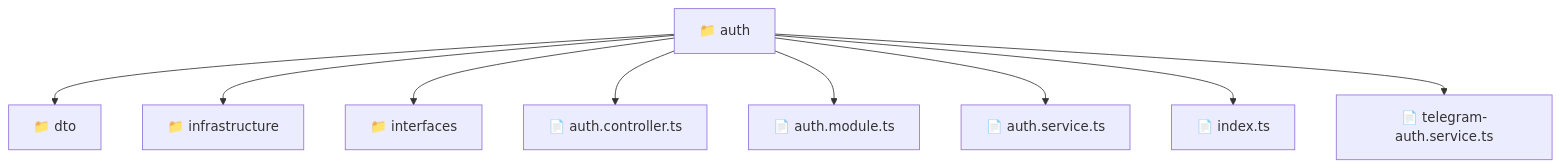
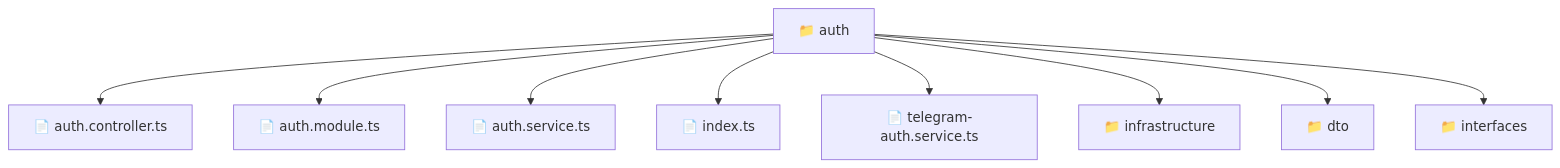
Before and after one commit to beginwebdev2002/fullstack-mavluda: the diagram in backend/src/modules/auth/README.md, drawn with Mermaid. The commit also changed other lines of this file and 166 other files, not shown here.

First line of the commit message:
docs: generate repository-wide architectural README files

````diff
--- a/backend/src/modules/auth/README.md
+++ b/backend/src/modules/auth/README.md
@@ -9,12 +11,20 @@
 ```mermaid
 graph TD
-  Root["📁 auth"]
-  Root --> dto["📁 dto"]
-  Root --> infrastructure["📁 infrastructure"]
-  Root --> interfaces["📁 interfaces"]
-  Root --> auth_controller_ts["📄 auth.controller.ts"]
-  Root --> auth_module_ts["📄 auth.module.ts"]
-  Root --> auth_service_ts["📄 auth.service.ts"]
-  Root --> index_ts["📄 index.ts"]
-  Root --> telegram_auth_service_ts["📄 telegram-auth.service.ts"]
+  f_Root_auth["📁 auth"]
+  f_auth_controller_ts["📄 auth.controller.ts"]
+  f_Root_auth --> f_auth_controller_ts
+  f_auth_module_ts["📄 auth.module.ts"]
+  f_Root_auth --> f_auth_module_ts
+  f_auth_service_ts["📄 auth.service.ts"]
+  f_Root_auth --> f_auth_service_ts
+  f_index_ts["📄 index.ts"]
+  f_Root_auth --> f_index_ts
+  f_telegram_auth_service_ts["📄 telegram-auth.service.ts"]
+  f_Root_auth --> f_telegram_auth_service_ts
+  f_Dir_infrastructure["📁 infrastructure"]
+  f_Root_auth --> f_Dir_infrastructure
+  f_Dir_dto["📁 dto"]
+  f_Root_auth --> f_Dir_dto
+  f_Dir_interfaces["📁 interfaces"]
+  f_Root_auth --> f_Dir_interfaces
 ```
````
